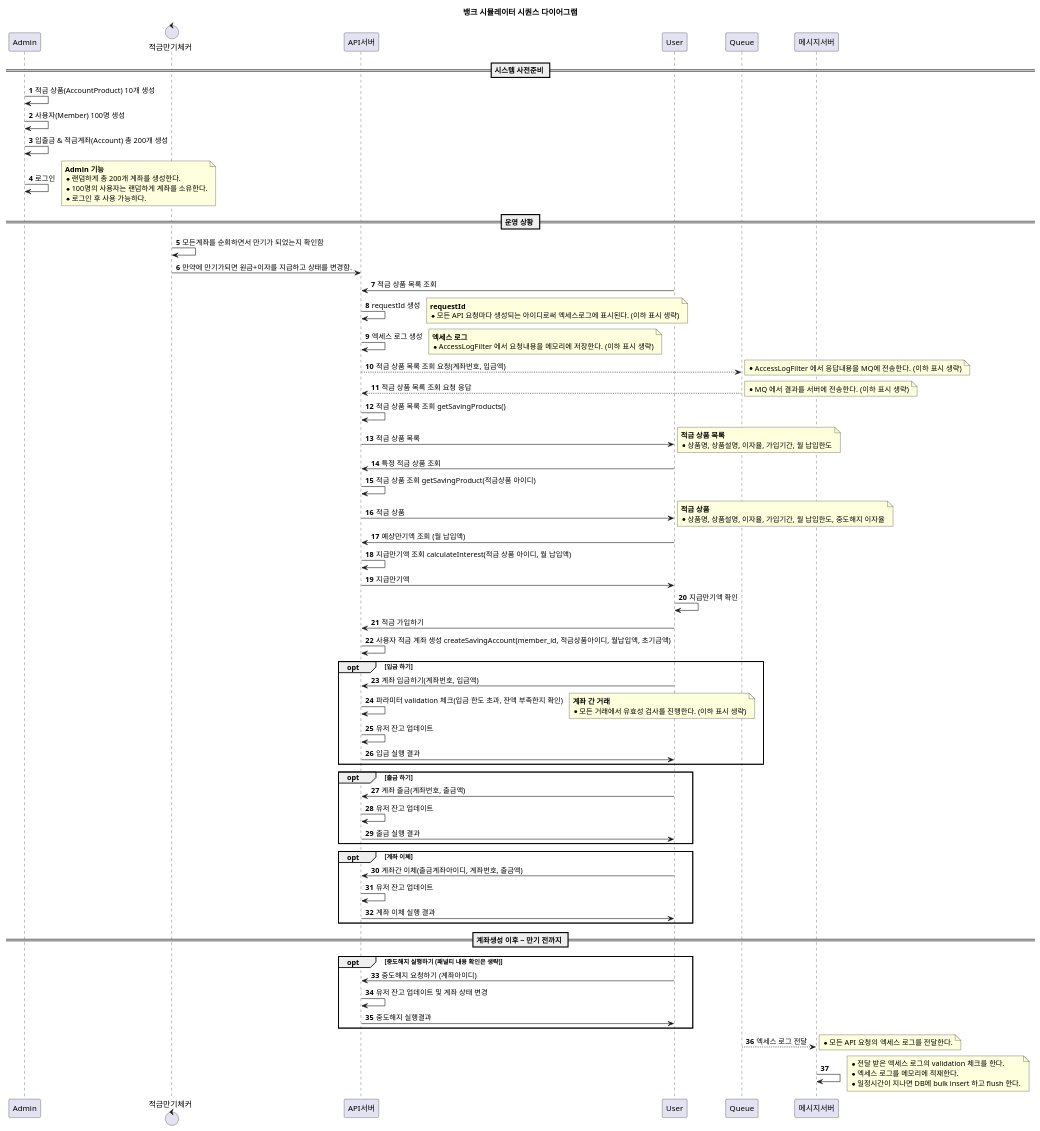
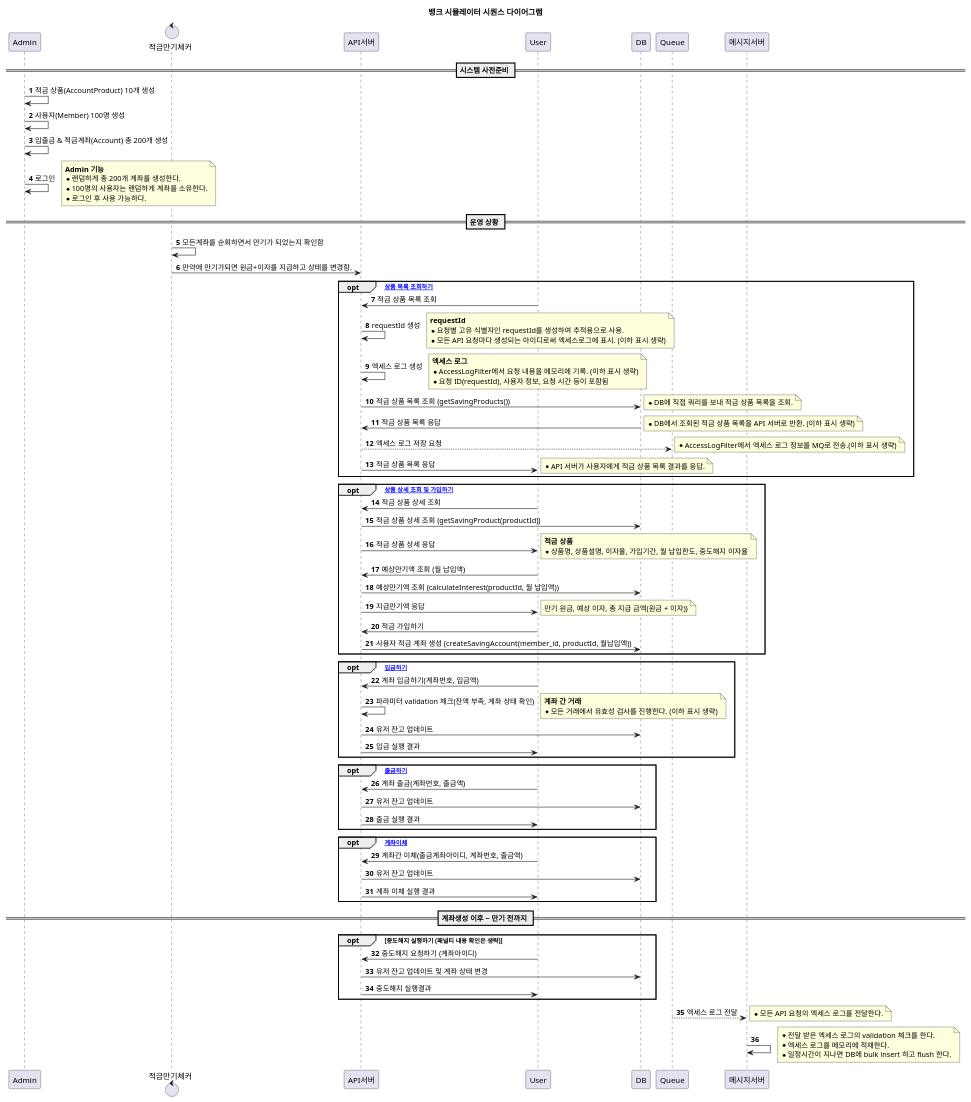
Before and after one commit to hyeji1020/bankly: the diagram in diagrams/class_diagram.puml, drawn with PlantUML.

Commit message:
refactor: 다이어그램에 DB 추가 #46

```diff
--- a/diagrams/class_diagram.puml
+++ b/diagrams/class_diagram.puml
@@ -1,118 +1,135 @@
 @startuml
 'https://plantuml.com/sequence-diagram
 
 title 뱅크 시뮬레이터 시퀀스 다이어그램
 
 autonumber
 
 == 시스템 사전준비 ==
 participant Admin
 
 Admin -> Admin: 적금 상품(AccountProduct) 10개 생성
 Admin -> Admin: 사용자(Member) 100명 생성
 Admin -> Admin: 입출금 & 적금계좌(Account) 총 200개 생성
 Admin -> Admin: 로그인
 
 note right
 **Admin 기능**
 * 랜덤하게 총 200개 계좌를 생성한다.
 * 100명의 사용자는 랜덤하게 계좌를 소유한다.
 * 로그인 후 사용 가능하다.
 end note
 
 == 운영 상황 ==
 
-
 control 적금만기체커
 적금만기체커 -> 적금만기체커: 모든계좌를 순회하면서 만기가 되었는지 확인함
 적금만기체커 -> API서버: 만약에 만기가되면 원금+이자를 지급하고 상태를 변경함.
 
+
+opt [적금 상품 목록 조회하기]
 User -> API서버: 적금 상품 목록 조회
 
 API서버 -> API서버: requestId 생성
     note right
     **requestId**
-    * 모든 API 요청마다 생성되는 아이디로써 엑세스로그에 표시된다. (이하 표시 생략)
+    * 요청별 고유 식별자인 requestId를 생성하여 추적용으로 사용.
+    * 모든 API 요청마다 생성되는 아이디로써 엑세스로그에 표시. (이하 표시 생략)
     end note
+
 API서버 -> API서버: 엑세스 로그 생성
     note right
     **엑세스 로그**
-    * AccessLogFilter 에서 요청내용을 메모리에 저장한다.  (이하 표시 생략)
-    end note
-API서버 --> Queue: 적금 상품 목록 조회 요청(계좌번호, 입금액)
-    note right
-    * AccessLogFilter 에서 응답내용을 MQ에 전송한다.  (이하 표시 생략)
-    end note
-Queue --> API서버: 적금 상품 목록 조회 요청 응답
-    note right
-    * MQ 에서 결과를 서버에 전송한다.  (이하 표시 생략)
-    end note
-API서버 -> API서버: 적금 상품 목록 조회 getSavingProducts()
-API서버 -> User: 적금 상품 목록
-    note right
-    **적금 상품 목록**
-    * 상품명, 상품설명, 이자율, 가입기간, 월 납입한도
+    * AccessLogFilter에서 요청 내용을 메모리에 기록. (이하 표시 생략)
+    * 요청 ID(requestId), 사용자 정보, 요청 시간 등이 포함됨
     end note
 
-User -> API서버: 특정 적금 상품 조회
-API서버 -> API서버: 적금 상품 조회 getSavingProduct(적금상품 아이디)
-API서버 -> User: 적금 상품
+API서버 -> DB: 적금 상품 목록 조회 (getSavingProducts())
+    note right
+    * DB에 직접 쿼리를 보내 적금 상품 목록을 조회.
+    end note
+
+DB -> API서버: 적금 상품 목록 응답
+    note right
+    * DB에서 조회된 적금 상품 목록을 API 서버로 반환. (이하 표시 생략)
+    end note
+
+API서버 --> Queue: 엑세스 로그 저장 요청
+    note right
+    * AccessLogFilter에서 엑세스 로그 정보를 MQ로 전송.(이하 표시 생략)
+    end note
+
+API서버 -> User: 적금 상품 목록 응답
+    note right
+    *API 서버가 사용자에게 적금 상품 목록 결과를 응답.
+    end note
+end opt
+
+'특정 적금 상품'
+opt [ 적금 상품 상세 조회 및 가입하기]
+User -> API서버: 적금 상품 상세 조회
+API서버 -> DB: 적금 상품 상세 조회 (getSavingProduct(productId))
+
+API서버 -> User: 적금 상품 상세 응답
     note right
     **적금 상품**
     * 상품명, 상품설명, 이자율, 가입기간, 월 납입한도, 중도해지 이자율
     end note
 
 User -> API서버: 예상만기액 조회 (월 납입액)
-API서버 -> API서버: 지급만기액 조회 calculateInterest(적금 상품 아이디, 월 납입액)
-API서버 -> User: 지급만기액
-User -> User : 지급만기액 확인
+API서버 -> DB: 예상만기액 조회 (calculateInterest(productId, 월 납입액))
+
+API서버 -> User: 지급만기액 응답
+    note right
+    만기 원금, 예상 이자, 총 지급 금액(원금 + 이자))
+    end note
+
+User -> API서버: 적금 가입하기
+API서버 -> DB: 사용자 적금 계좌 생성 (createSavingAccount(member_id, productId, 월납입액))
+end opt
 
 
-User -> API서버: 적금 가입하기
-API서버 -> API서버: 사용자 적금 계좌 생성 createSavingAccount(member_id, 적금상품아이디, 월납입액, 초기금액)
-
-
-opt 입금 하기
+opt [입금하기]
 User -> API서버: 계좌 입금하기(계좌번호, 입금액)
 
-API서버 -> API서버: 파라미터 validation 체크(입금 한도 초과, 잔액 부족한지 확인)
+API서버 -> API서버: 파라미터 validation 체크(잔액 부족, 계좌 상태 확인)
     note right
     **계좌 간 거래**
     * 모든 거래에서 유효성 검사를 진행한다. (이하 표시 생략)
     end note
-API서버 -> API서버: 유저 잔고 업데이트
+API서버 -> DB: 유저 잔고 업데이트
 API서버 -> User : 입금 실행 결과
 end opt
 
-opt 출금 하기
+opt [출금하기]
 User -> API서버: 계좌 출금(계좌번호, 출금액)
-API서버 -> API서버: 유저 잔고 업데이트
+API서버 -> DB: 유저 잔고 업데이트
 API서버 -> User : 출금 실행 결과
 end opt
 
-opt 계좌 이체
+opt [계좌이체]
 User -> API서버: 계좌간 이체(출금계좌아이디, 계좌번호, 출금액)
-API서버 -> API서버: 유저 잔고 업데이트
+API서버 -> DB: 유저 잔고 업데이트
 API서버 -> User : 계좌 이체 실행 결과
 end opt
 
 == 계좌생성 이후 ~ 만기 전까지 ==
 opt 중도해지 실행하기 (패널티 내용 확인은 생략)
     User -> API서버 : 중도해지 요청하기 (계좌아이디)
-    API서버 -> API서버 : 유저 잔고 업데이트 및 계좌 상태 변경
+    API서버 -> DB : 유저 잔고 업데이트 및 계좌 상태 변경
     API서버 -> User: 중도해지 실행결과
 end opt
 
 Queue --> 메시지서버: 엑세스 로그 전달
     note right
     * 모든 API 요청의 엑세스 로그를 전달한다.
     end note
 
 메시지서버 -> 메시지서버:
     note right
     * 전달 받은 엑세스 로그의 validation 체크를 한다.
     * 엑세스 로그를 메모리에 적재한다.
     * 일정시간이 지나면 DB에 bulk insert 하고 flush 한다.
     end note
 
 @enduml
```
